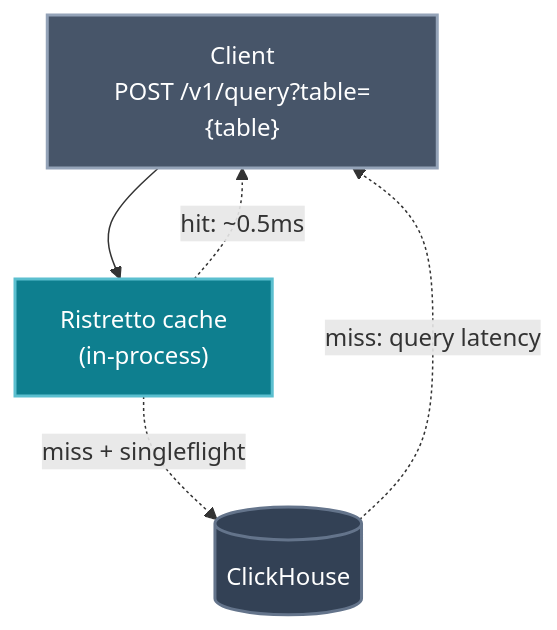
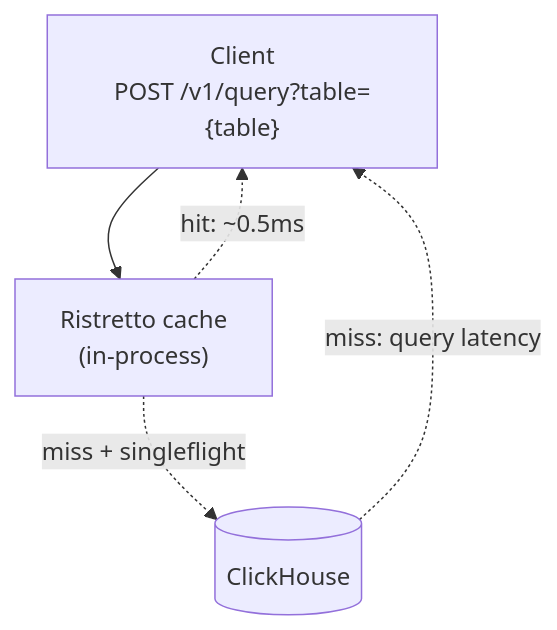
Before and after one commit to Wave-RF/WaveHouse: the seventh of 7 diagrams in docs/src/content/docs/why-wavehouse.md, drawn with Mermaid. The commit also changed other lines of this file and 7 other files, not shown here.

Commit message:
prettier mermaid diagrams

````diff
--- a/docs/src/content/docs/why-wavehouse.md
+++ b/docs/src/content/docs/why-wavehouse.md
@@ -245,12 +226,8 @@
 ```mermaid
 flowchart TB
-    classDef client fill:#475569,stroke:#94a3b8,color:#fff,stroke-width:2px
-    classDef wh fill:#0e7f8f,stroke:#5bbfcf,color:#fff,stroke-width:2px
-    classDef store fill:#334155,stroke:#64748b,color:#fff,stroke-width:2px
-
     Q["Client<br/>POST /v1/query?table={table}"]:::client
     Q --> L1["Ristretto cache<br/>(in-process)"]:::wh
     L1 -. "miss + singleflight" .-> CH[("ClickHouse")]:::store
     L1 -. "hit: ~0.5ms" .-> Q
     CH -. "miss: query latency" .-> Q
 ```
````
